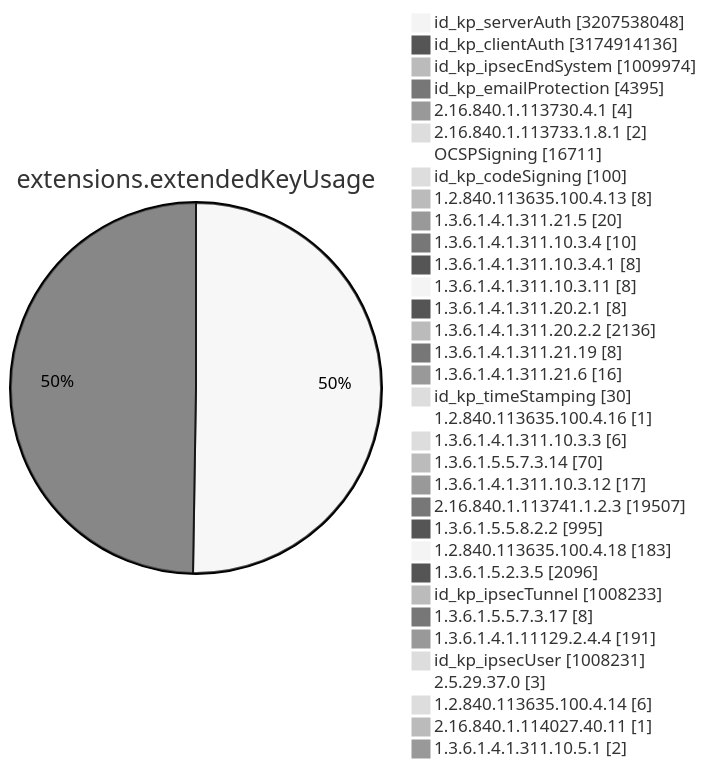
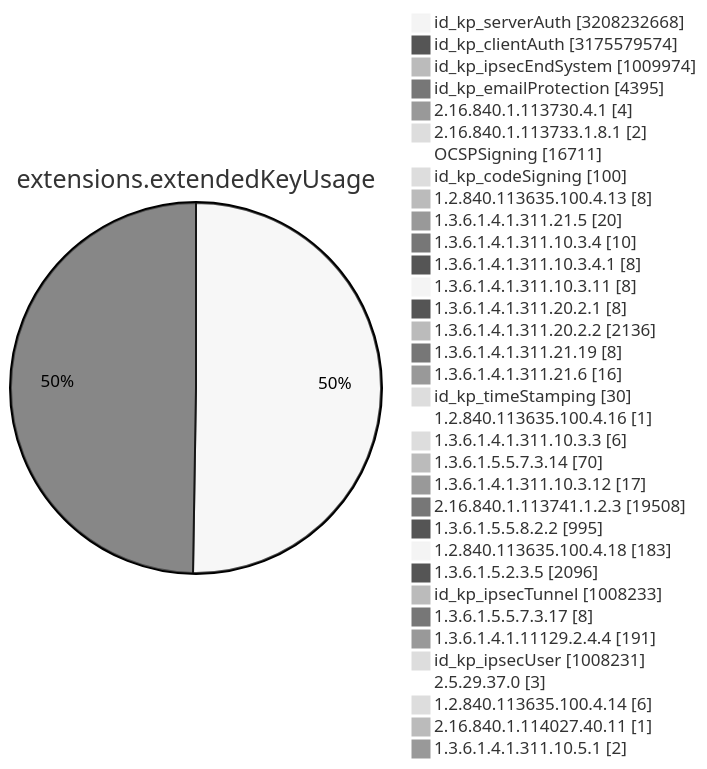
Diagram 11 of 15 in TOTAL/README.md (christiankrug/ctmonitor_visualization), drawn with Mermaid (neutral theme) before and after one commit. The commit also changed other lines of this file, not shown here.

````diff
--- a/TOTAL/README.md
+++ b/TOTAL/README.md
@@ -4119,38 +4119,38 @@
 ```mermaid
 pie showData
 title extensions.extendedKeyUsage
-"id_kp_serverAuth" :3207538048
-"id_kp_clientAuth" :3174914136
+"id_kp_serverAuth" :3208232668
+"id_kp_clientAuth" :3175579574
 "id_kp_ipsecEndSystem" :1009974
 "id_kp_emailProtection" :4395
 "2.16.840.1.113730.4.1" :4
 "2.16.840.1.113733.1.8.1" :2
 "OCSPSigning" :16711
 "id_kp_codeSigning" :100
 "1.2.840.113635.100.4.13" :8
 "1.3.6.1.4.1.311.21.5" :20
 "1.3.6.1.4.1.311.10.3.4" :10
 "1.3.6.1.4.1.311.10.3.4.1" :8
 "1.3.6.1.4.1.311.10.3.11" :8
 "1.3.6.1.4.1.311.20.2.1" :8
 "1.3.6.1.4.1.311.20.2.2" :2136
 "1.3.6.1.4.1.311.21.19" :8
 "1.3.6.1.4.1.311.21.6" :16
 "id_kp_timeStamping" :30
 "1.2.840.113635.100.4.16" :1
 "1.3.6.1.4.1.311.10.3.3" :6
 "1.3.6.1.5.5.7.3.14" :70
 "1.3.6.1.4.1.311.10.3.12" :17
-"2.16.840.1.113741.1.2.3" :19507
+"2.16.840.1.113741.1.2.3" :19508
 "1.3.6.1.5.5.8.2.2" :995
 "1.2.840.113635.100.4.18" :183
 "1.3.6.1.5.2.3.5" :2096
 "id_kp_ipsecTunnel" :1008233
 "1.3.6.1.5.5.7.3.17" :8
 "1.3.6.1.4.1.11129.2.4.4" :191
 "id_kp_ipsecUser" :1008231
 "2.5.29.37.0" :3
 "1.2.840.113635.100.4.14" :6
 "2.16.840.1.114027.40.11" :1
 "1.3.6.1.4.1.311.10.5.1" :2
 ```
````
